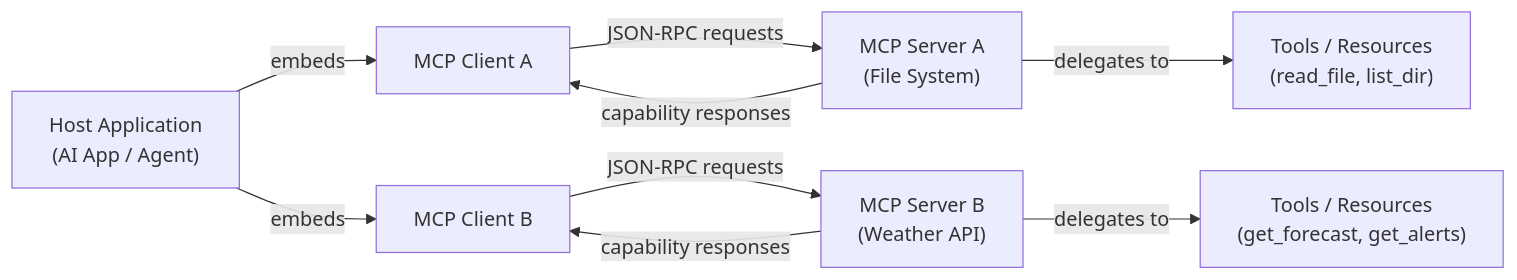
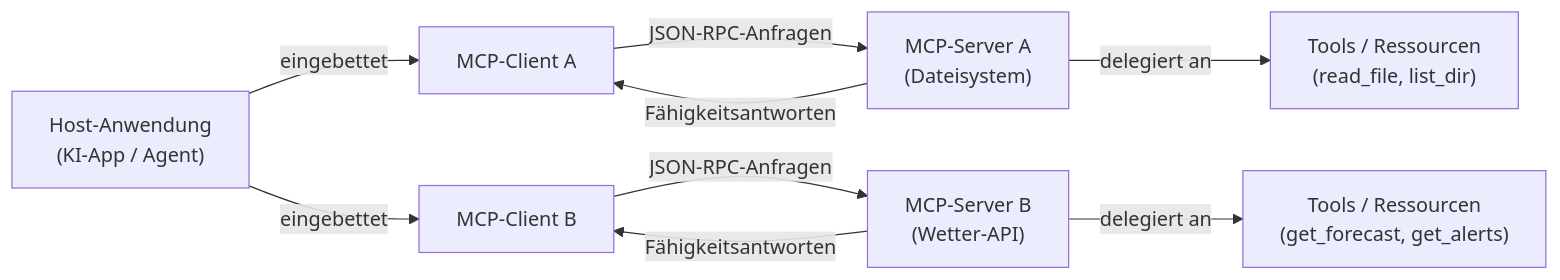
Before and after one commit to EmersonBraun/ai-summary-hub: the diagram in i18n/de/docusaurus-plugin-content-docs/current/mcp/index.md, drawn with Mermaid. The commit also changed other lines of this file and 178 other files, not shown here.

````diff
--- a/i18n/de/docusaurus-plugin-content-docs/current/mcp/index.md
+++ b/i18n/de/docusaurus-plugin-content-docs/current/mcp/index.md
@@ -23,19 +25,19 @@
 ```mermaid
 flowchart LR
-  HostApp["Host Application\n(AI App / Agent)"]
-  Client1["MCP Client A"]
-  Client2["MCP Client B"]
-  Server1["MCP Server A\n(File System)"]
-  Server2["MCP Server B\n(Weather API)"]
-  Tools1["Tools / Resources\n(read_file, list_dir)"]
-  Tools2["Tools / Resources\n(get_forecast, get_alerts)"]
+  HostApp["Host-Anwendung\n(KI-App / Agent)"]
+  Client1["MCP-Client A"]
+  Client2["MCP-Client B"]
+  Server1["MCP-Server A\n(Dateisystem)"]
+  Server2["MCP-Server B\n(Wetter-API)"]
+  Tools1["Tools / Ressourcen\n(read_file, list_dir)"]
+  Tools2["Tools / Ressourcen\n(get_forecast, get_alerts)"]
 
-  HostApp -->|"embeds"| Client1
-  HostApp -->|"embeds"| Client2
-  Client1 -->|"JSON-RPC requests"| Server1
-  Client2 -->|"JSON-RPC requests"| Server2
-  Server1 -->|"capability responses"| Client1
-  Server2 -->|"capability responses"| Client2
-  Server1 -->|"delegates to"| Tools1
-  Server2 -->|"delegates to"| Tools2
+  HostApp -->|"eingebettet"| Client1
+  HostApp -->|"eingebettet"| Client2
+  Client1 -->|"JSON-RPC-Anfragen"| Server1
+  Client2 -->|"JSON-RPC-Anfragen"| Server2
+  Server1 -->|"Fähigkeitsantworten"| Client1
+  Server2 -->|"Fähigkeitsantworten"| Client2
+  Server1 -->|"delegiert an"| Tools1
+  Server2 -->|"delegiert an"| Tools2
 ```
````
